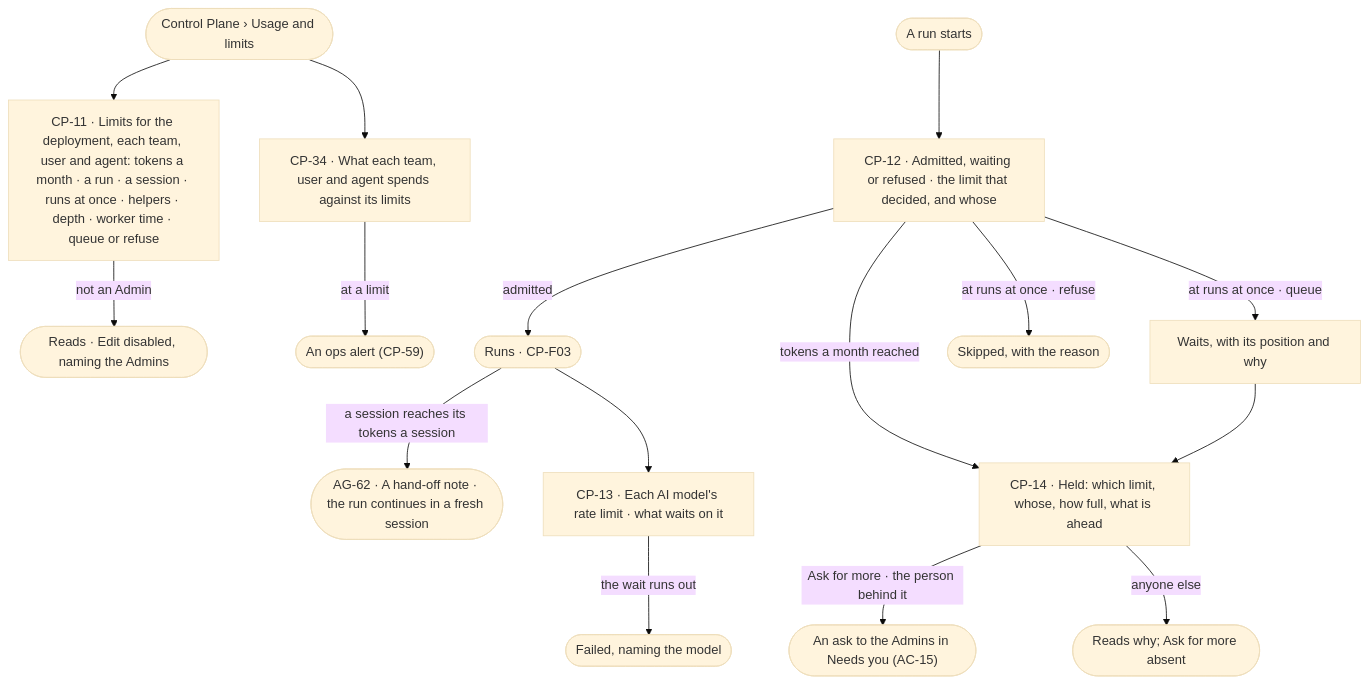
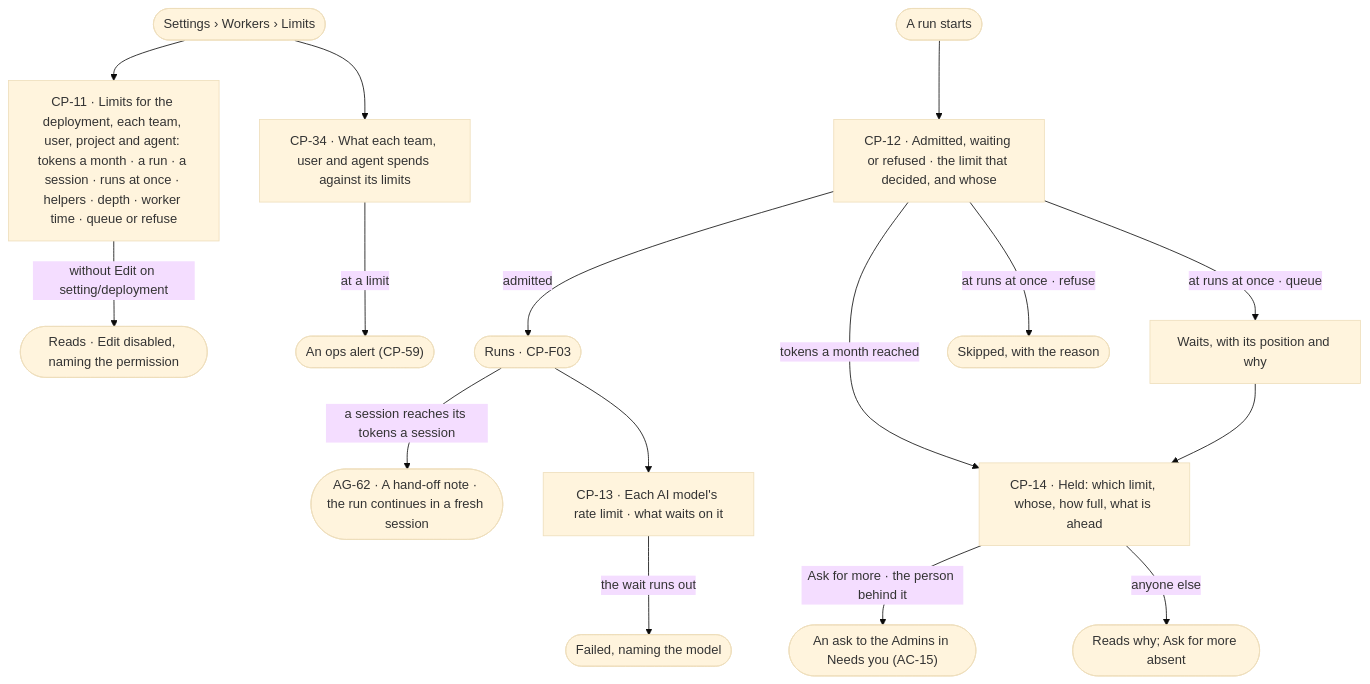
The diagram in specs/os/control/features/CP-F04-limits/feature.md (invana/invana), drawn with Mermaid (base theme) before and after one commit. The commit also changed other lines of this file and 456 other files, not shown here.

````diff
--- a/specs/os/control/features/CP-F04-limits/feature.md
+++ b/specs/os/control/features/CP-F04-limits/feature.md
@@ -27,18 +27,18 @@
 ```mermaid
 flowchart TD
-  s([Control Plane › Usage and limits]) --> lim["CP-11 · Limits for the deployment, each team, user and agent: tokens a month · a run · a session · runs at once · helpers · depth · worker time · queue or refuse"]
-  lim -->|not an Admin| ro(["Reads · Edit disabled, naming the Admins"])
+  s([Settings › Workers › Limits]) --> lim["CP-11 · Limits for the deployment, each team, user, project and agent: tokens a month · a run · a session · runs at once · helpers · depth · worker time · queue or refuse"]
+  lim -->|without Edit on setting/deployment| ro(["Reads · Edit disabled, naming the permission"])
   s --> use["CP-34 · What each team, user and agent spends against its limits"]
   use -->|at a limit| al(["An ops alert (CP-59)"])
   start([A run starts]) --> adm["CP-12 · Admitted, waiting or refused · the limit that decided, and whose"]
   adm -->|admitted| go(["Runs · CP-F03"])
   go -->|a session reaches its tokens a session| cont(["AG-62 · A hand-off note · the run continues in a fresh session"])
   adm -->|at runs at once · queue| w["Waits, with its position and why"]
   adm -->|at runs at once · refuse| no(["Skipped, with the reason"])
   adm -->|tokens a month reached| held["CP-14 · Held: which limit, whose, how full, what is ahead"]
   go --> ai["CP-13 · Each AI model's rate limit · what waits on it"]
   ai -->|the wait runs out| f(["Failed, naming the model"])
   w --> held
   held -->|Ask for more · the person behind it| ask(["An ask to the Admins in Needs you (AC-15)"])
   held -->|anyone else| why(["Reads why; Ask for more absent"])
 ```
````
